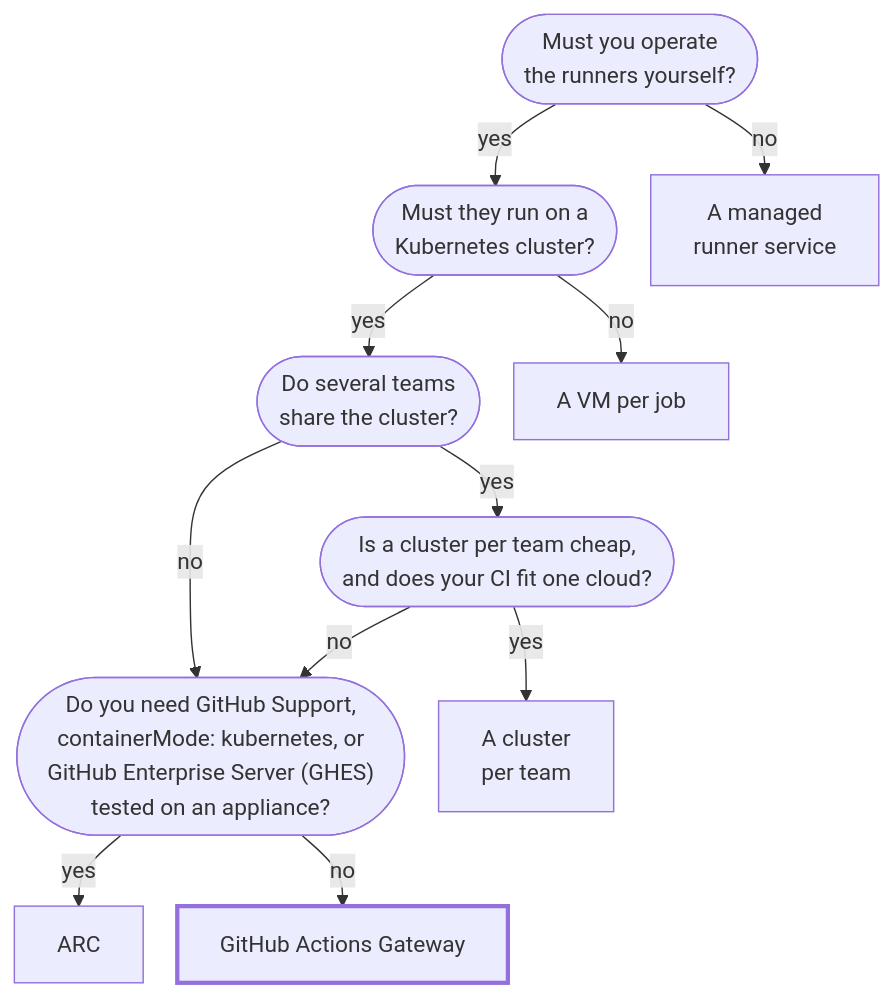
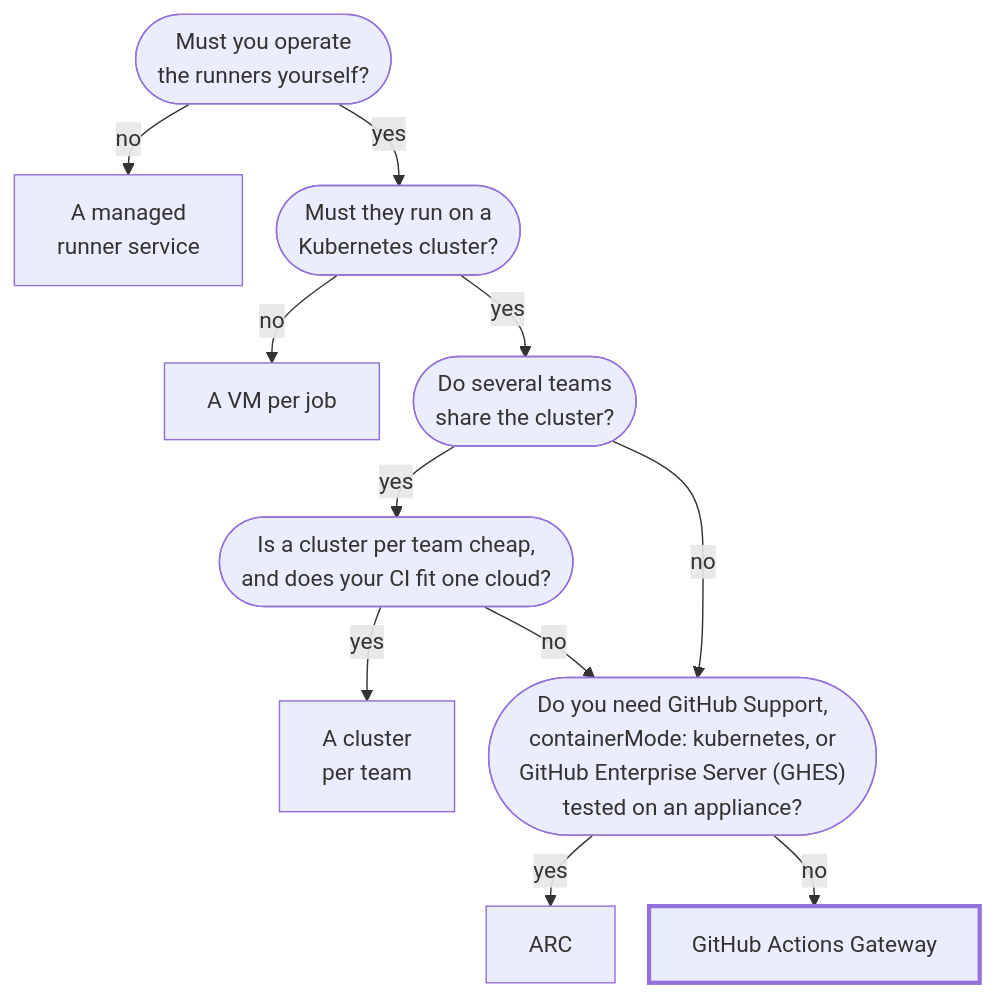
Before and after one commit to actions-gateway/github-actions-gateway: the diagram in docs/alternatives.md, drawn with Mermaid. The commit also changed other lines of this file, not shown here.

Commit message:
docs(alternatives): grow the flow chart from top left to bottom right

````diff
--- a/docs/alternatives.md
+++ b/docs/alternatives.md
@@ -14,25 +14,25 @@
 ```mermaid
 %%{init: {"flowchart": {"rankSpacing": 26, "nodeSpacing": 24, "wrappingWidth": 280}}}%%
 flowchart TD
+    managed["A managed<br>runner service"]
+    vm["A VM per job"]
+    percluster["A cluster<br>per team"]
+    arc["ARC"]
+    gag["GitHub Actions Gateway"]
     q1(["Must you operate<br>the runners yourself?"])
     q2(["Must they run on a<br>Kubernetes cluster?"])
     q3(["Do several teams<br>share the cluster?"])
     q4(["Is a cluster per team cheap,<br>and does your CI fit one cloud?"])
     q5(["Do you need GitHub Support,<br>containerMode: kubernetes, or<br>GitHub Enterprise Server (GHES)<br>tested on an appliance?"])
-    managed["A managed<br>runner service"]
-    vm["A VM per job"]
-    percluster["A cluster<br>per team"]
-    arc["ARC"]
-    gag["GitHub Actions Gateway"]
     q1 -- no --> managed
     q1 -- yes --> q2
     q2 -- no --> vm
     q2 -- yes --> q3
     q3 -- yes --> q4
     q3 -- no --> q5
     q4 -- yes --> percluster
     q4 -- no --> q5
     q5 -- yes --> arc
     q5 -- no --> gag
     style gag stroke-width:3px
 ```
````
